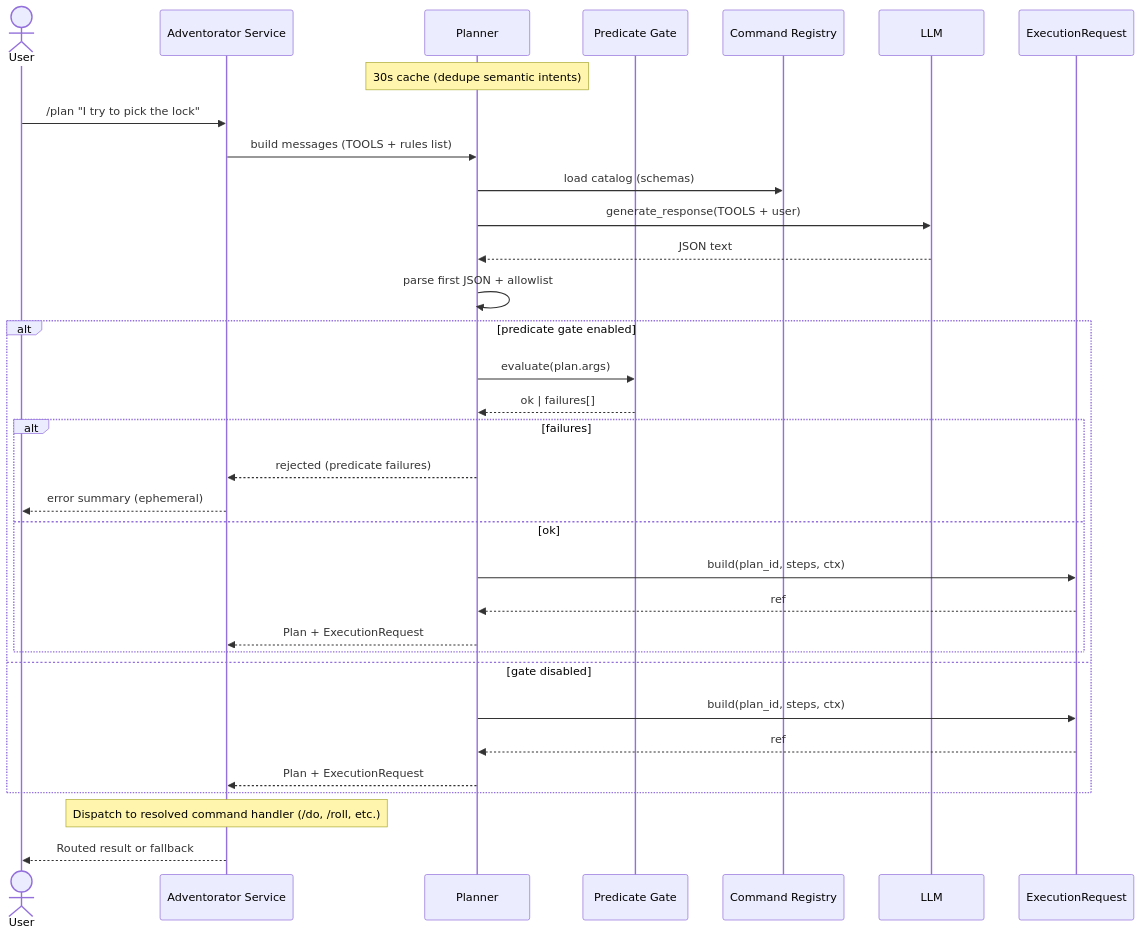
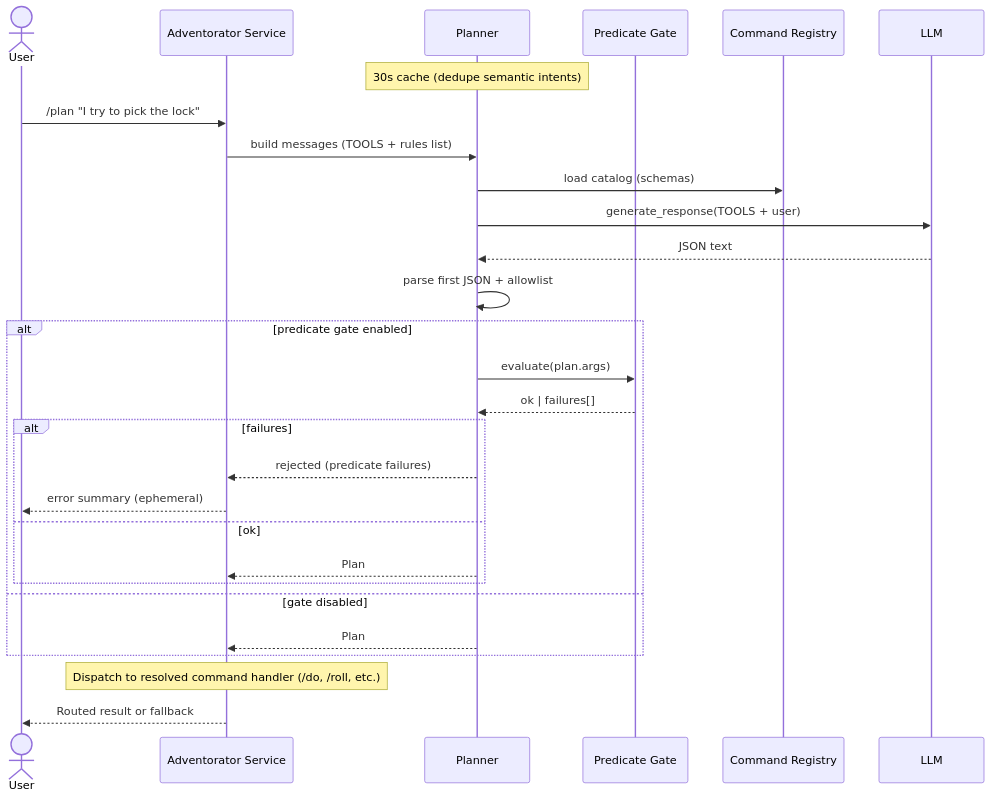
Before and after one commit to crashtestbrandt/Adventorator: the second of 3 diagrams in README.md, drawn with Mermaid. The commit also changed other lines of this file and 37 other files, not shown here.

````diff
--- a/README.md
+++ b/README.md
@@ -253,39 +247,35 @@
 ```mermaid
 sequenceDiagram
   actor User
   participant App as Adventorator Service
   participant Planner
   participant PGate as Predicate Gate
   participant Registry as Command Registry
   participant LLM as LLM
-  participant ExecReq as ExecutionRequest
+  %% Note: Planner yields a Plan; ExecutionRequest is built later in /do
 
   Note over Planner: 30s cache (dedupe semantic intents)
 
   User->>App: /plan "I try to pick the lock"
   App->>Planner: build messages (TOOLS + rules list)
   Planner->>Registry: load catalog (schemas)
   Planner->>LLM: generate_response(TOOLS + user)
   LLM-->>Planner: JSON text
   Planner->>Planner: parse first JSON + allowlist
   alt predicate gate enabled
     Planner->>PGate: evaluate(plan.args)
     PGate-->>Planner: ok | failures[]
     alt failures
       Planner-->>App: rejected (predicate failures)
       App-->>User: error summary (ephemeral)
     else ok
-      Planner->>ExecReq: build(plan_id, steps, ctx)
-      ExecReq-->>Planner: ref
-      Planner-->>App: Plan + ExecutionRequest
+      Planner-->>App: Plan
     end
   else gate disabled
-    Planner->>ExecReq: build(plan_id, steps, ctx)
-    ExecReq-->>Planner: ref
-    Planner-->>App: Plan + ExecutionRequest
+    Planner-->>App: Plan
   end
 
   Note over App: Dispatch to resolved command handler (/do, /roll, etc.)
 
   App-->>User: Routed result or fallback
 ```
````
